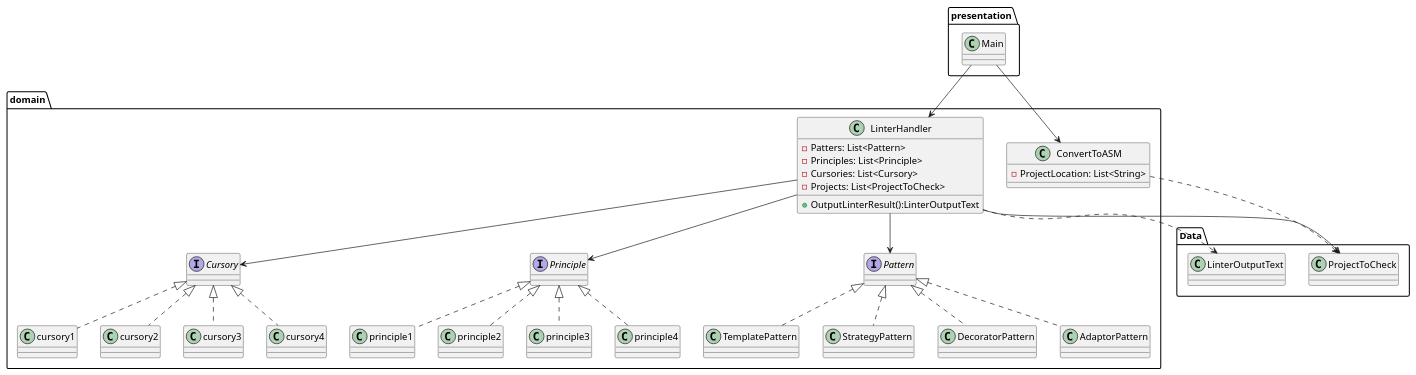
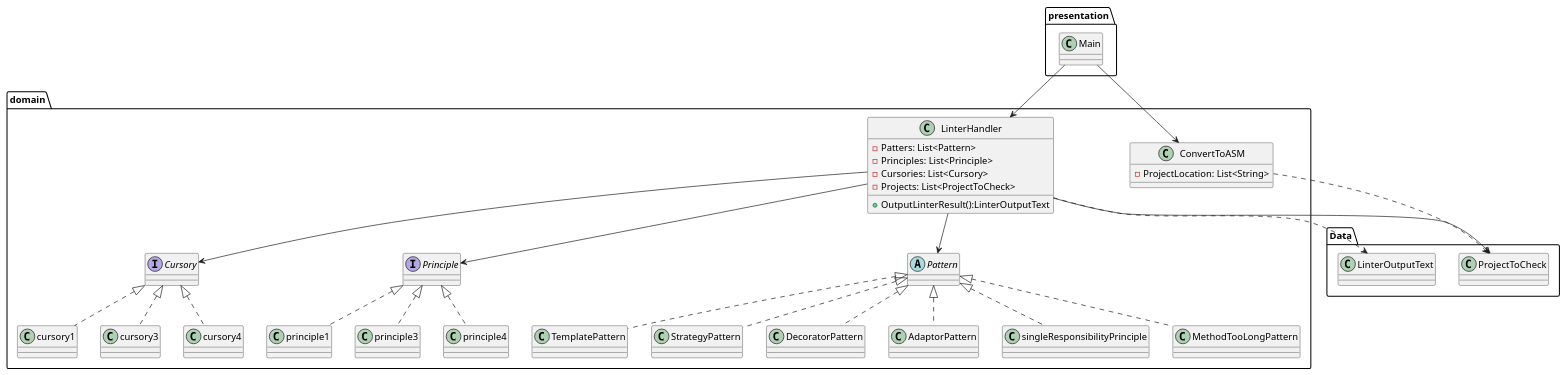
One commit to Howardnt/CSSE375-Project changed the diagram in docs/architecture/design.puml. Above: the diagram before and after it, drawn with PlantUML. The commit also changed 14 other files, not shown here.

```diff
--- a/docs/architecture/design.puml
+++ b/docs/architecture/design.puml
@@ -1,82 +1,82 @@
 @startuml
 package presentation{
 Class Main{
 }
  
 }
  
 package domain{
  
 Class LinterHandler{
 - Patters: List<Pattern>
 - Principles: List<Principle>
 - Cursories: List<Cursory>
 - Projects: List<ProjectToCheck>
  
 + OutputLinterResult():LinterOutputText
 }
  
 Class ConvertToASM{
 - ProjectLocation: List<String>
  
 }
  
 Interface Cursory{
 }
  
 Class cursory1 implements Cursory{
 }
-Class cursory2 implements Cursory{
-}
 Class cursory3 implements Cursory{
 }
 Class cursory4 implements Cursory{
 }
  
 Interface Principle{
 }
  
 Class principle1 implements Principle{
 }
-Class principle2 implements Principle{
-}
 Class principle3 implements Principle{
 }
 Class principle4 implements Principle{
 }
  
-Interface Pattern{
+abstract class Pattern{
 }
  
 Class TemplatePattern implements Pattern{
 }
 Class StrategyPattern implements Pattern{
 }
 Class DecoratorPattern implements Pattern{
 }
 Class AdaptorPattern implements Pattern{
+}
+Class singleResponsibilityPrinciple implements Pattern{
+}
+Class MethodTooLongPattern implements Pattern{
 }
  
 }
  
 package Data{
 Class ProjectToCheck{
 }
  
 Class LinterOutputText{
 }
  
 }
  
 Main --> ConvertToASM
 Main --> LinterHandler
  
 LinterHandler --> Pattern
 LinterHandler --> Principle
 LinterHandler --> Cursory
 LinterHandler --> ProjectToCheck
  
 ConvertToASM ..> ProjectToCheck
 LinterHandler ..> LinterOutputText
  
 @enduml
```
